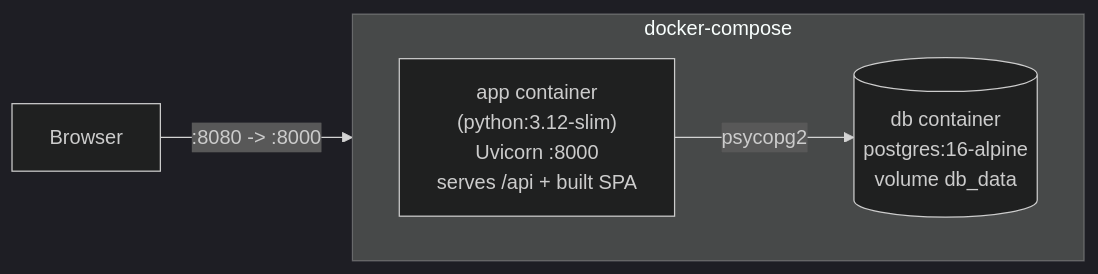
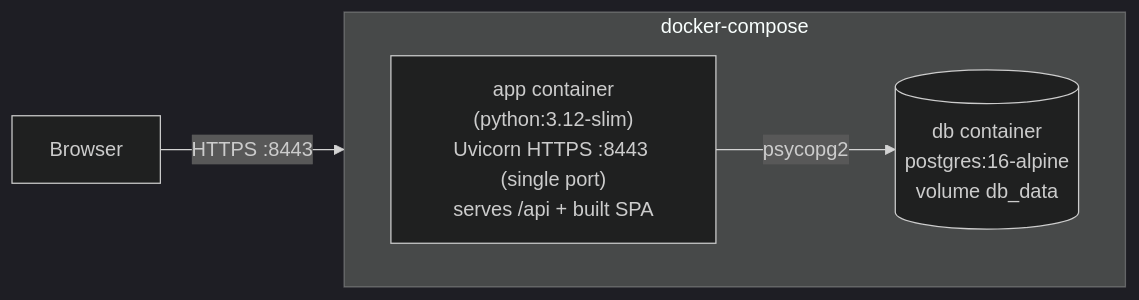
One commit to Mehdi-Zar/TeamFollowUP changed the second of 5 diagrams in docs/02-architecture.md. Above: the diagram before and after it, drawn with Mermaid (dark theme). The commit also changed other lines of this file and 82 other files, not shown here.

````diff
--- a/docs/02-architecture.md
+++ b/docs/02-architecture.md
@@ -33,10 +33,10 @@
 ```mermaid
 flowchart LR
   subgraph docker-compose
     direction LR
-    APP["app container\n(python:3.12-slim)\nUvicorn :8000\nserves /api + built SPA"]
+    APP["app container\n(python:3.12-slim)\nUvicorn HTTPS :8443 (single port)\nserves /api + built SPA"]
     DB[("db container\npostgres:16-alpine\nvolume db_data")]
   end
   APP -->|psycopg2| DB
-  Browser -->|:8080 -> :8000| APP
+  Browser -->|HTTPS :8443| APP
 ```
````
